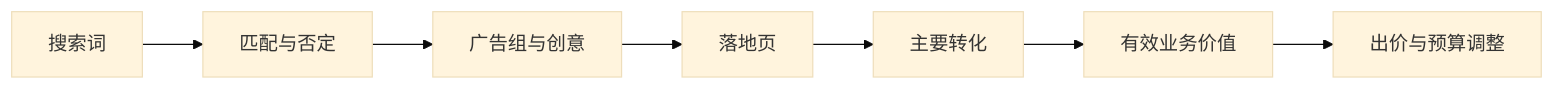
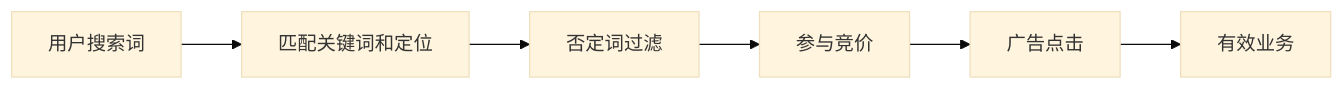
One commit to upJiang/jiang-blog-vitepress changed the diagram in docs/seo/sem-account-keywords-bidding.md. Above: the diagram before and after it, drawn with Mermaid (base theme). The commit also changed other lines of this file and 164 other files, not shown here.

````diff
--- a/docs/seo/sem-account-keywords-bidding.md
+++ b/docs/seo/sem-account-keywords-bidding.md
@@ -19,9 +21,8 @@
 ```mermaid
 flowchart LR
-  Q[搜索词] --> M[匹配与否定]
-  M --> G[广告组与创意]
-  G --> L[落地页]
-  L --> C[主要转化]
-  C --> V[有效业务价值]
-  V --> B[出价与预算调整]
+  A[用户搜索词] --> B[匹配关键词和定位]
+  B --> C[否定词过滤]
+  C --> D[参与竞价]
+  D --> E[广告点击]
+  E --> F[有效业务]
 ```
````
